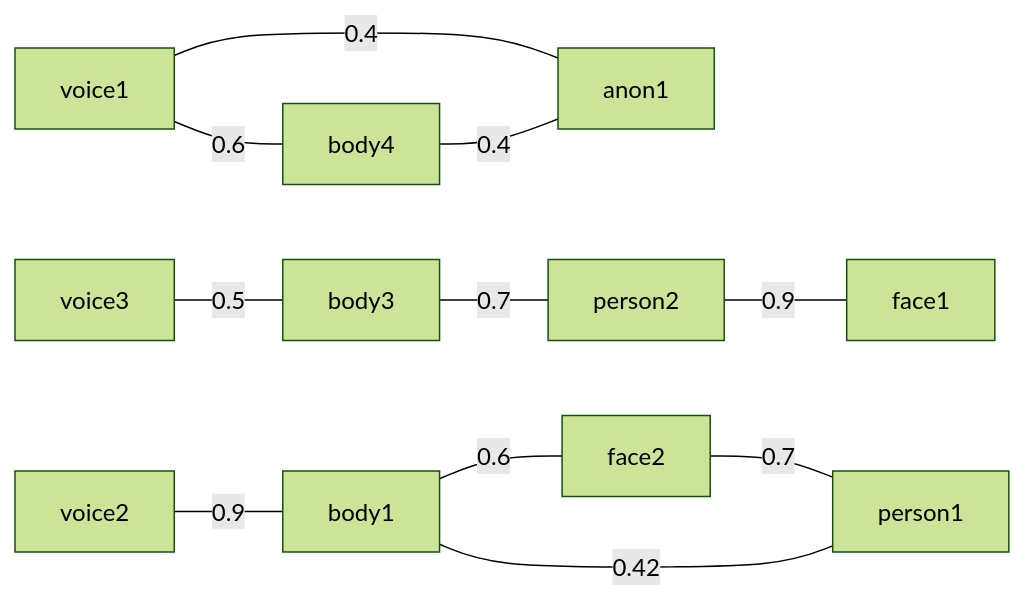
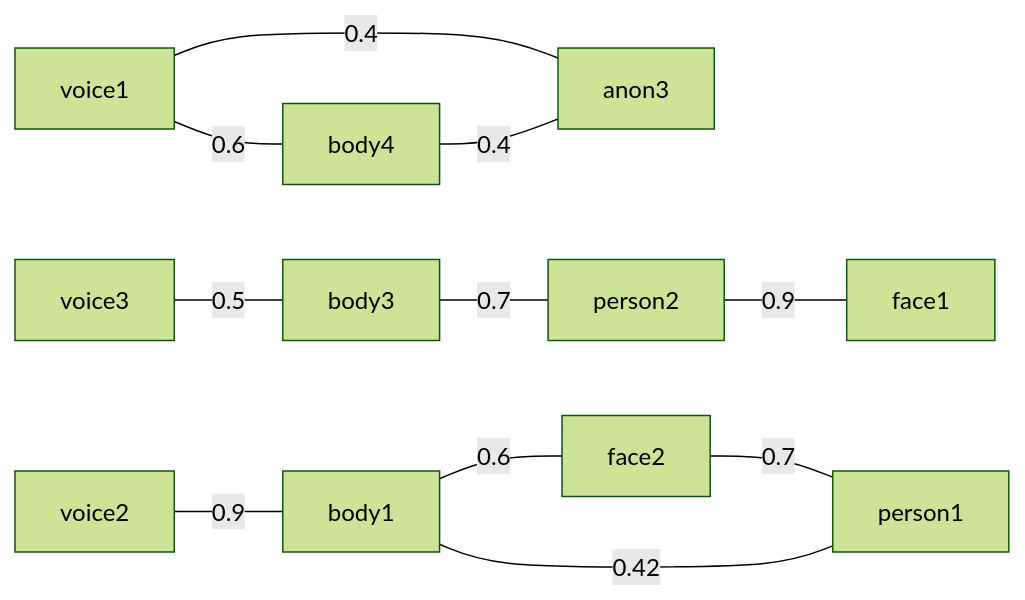
Diagram 34 of 34 in test/test-graphs.md (ros4hri/hri_person_manager), drawn with Mermaid (forest theme) before and after one commit. The commit also changed other lines of this file and 8 other files, not shown here.

First line of the commit message:
C++ impl complete, based on boost::graph

````diff
--- a/test/test-graphs.md
+++ b/test/test-graphs.md
@@ -602,18 +609,18 @@
 ``` mermaid
 graph LR
 
-%% body4 should be connected to existing anon1
-voice1 ---|0.4| anon1
-body4 ---|0.4| anon1
+%% body4 should be connected to existing anon3
+voice1 ---|0.4| anon3
+body4 ---|0.4| anon3
 voice1 ---|0.6| body4
 
 body3 ---|0.7| person2
 person2 ---|0.9| face1
 voice3 ---|0.5| body3
 
 
 face2 ---|0.7| person1
 voice2 ---|0.9| body1
 body1 ---|0.6| face2
 body1 ---|0.42| person1
 ```
````
